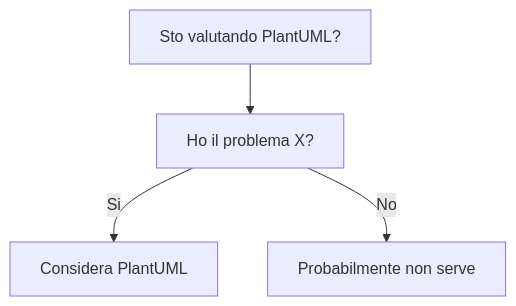
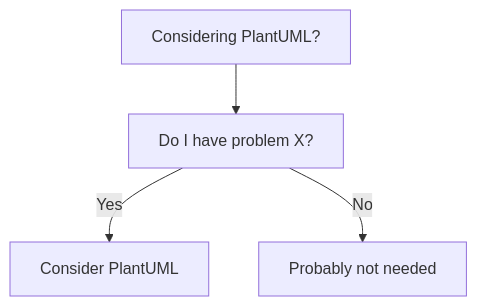
The diagram in dev-wiki/25_Documentation/PlantUML/When_To_Use.md (HxT9/Software-Dev-Wiki), drawn with Mermaid before and after one commit. The commit also changed other lines of this file and 3444 other files, not shown here.

````diff
--- a/dev-wiki/25_Documentation/PlantUML/When_To_Use.md
+++ b/dev-wiki/25_Documentation/PlantUML/When_To_Use.md
@@ -19,6 +19,6 @@
 ```mermaid
 flowchart TD
-  Q[Sto valutando PlantUML?] --> Q1[Ho il problema X?]
-  Q1 -->|Si| OK[Considera PlantUML]
-  Q1 -->|No| NO[Probabilmente non serve]
+  Q[Considering PlantUML?] --> Q1[Do I have problem X?]
+  Q1 -->|Yes| OK[Consider PlantUML]
+  Q1 -->|No| NO[Probably not needed]
 ```
````
